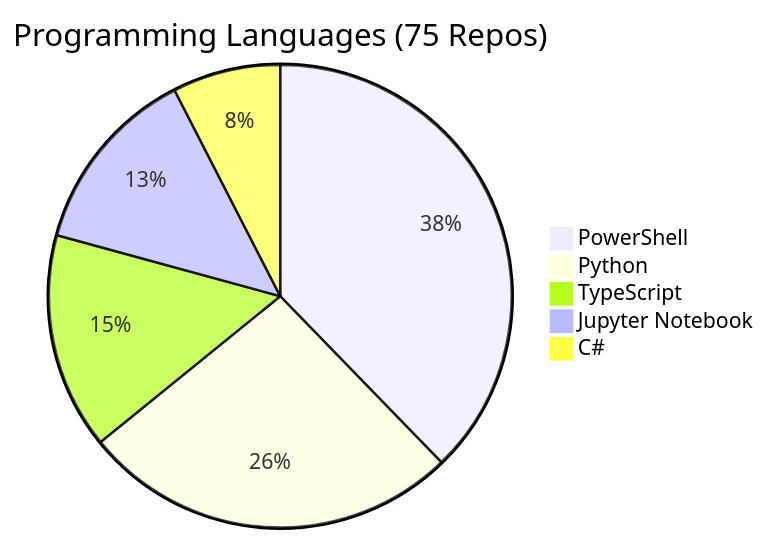
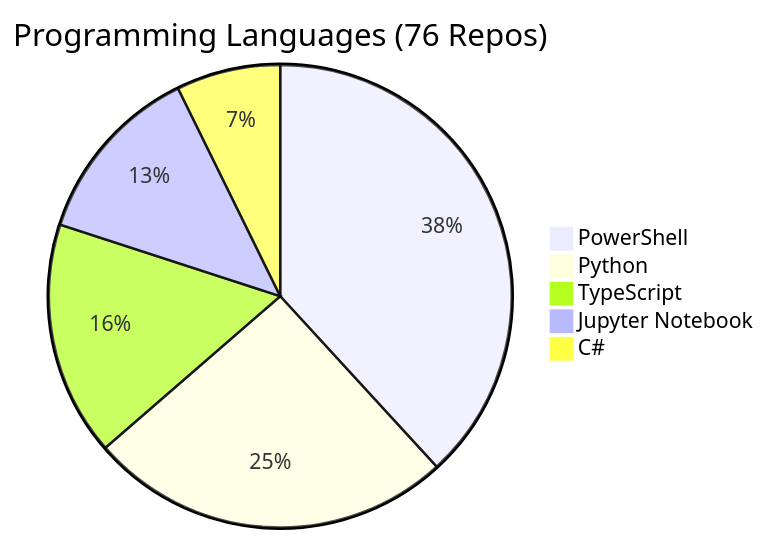
Before and after one commit to fabioc-aloha/fabioc-aloha: the diagram in REPOS.md, drawn with Mermaid. The commit also changed other lines of this file and 1 other file, not shown here.

````diff
--- a/REPOS.md
+++ b/REPOS.md
@@ -118,8 +119,8 @@
 ```mermaid
-pie title Programming Languages (75 Repos)
-    "PowerShell" : 20
+pie title Programming Languages (76 Repos)
+    "PowerShell" : 21
     "Python" : 14
-    "TypeScript" : 8
+    "TypeScript" : 9
     "Jupyter Notebook" : 7
     "C#" : 4
 ```
````
